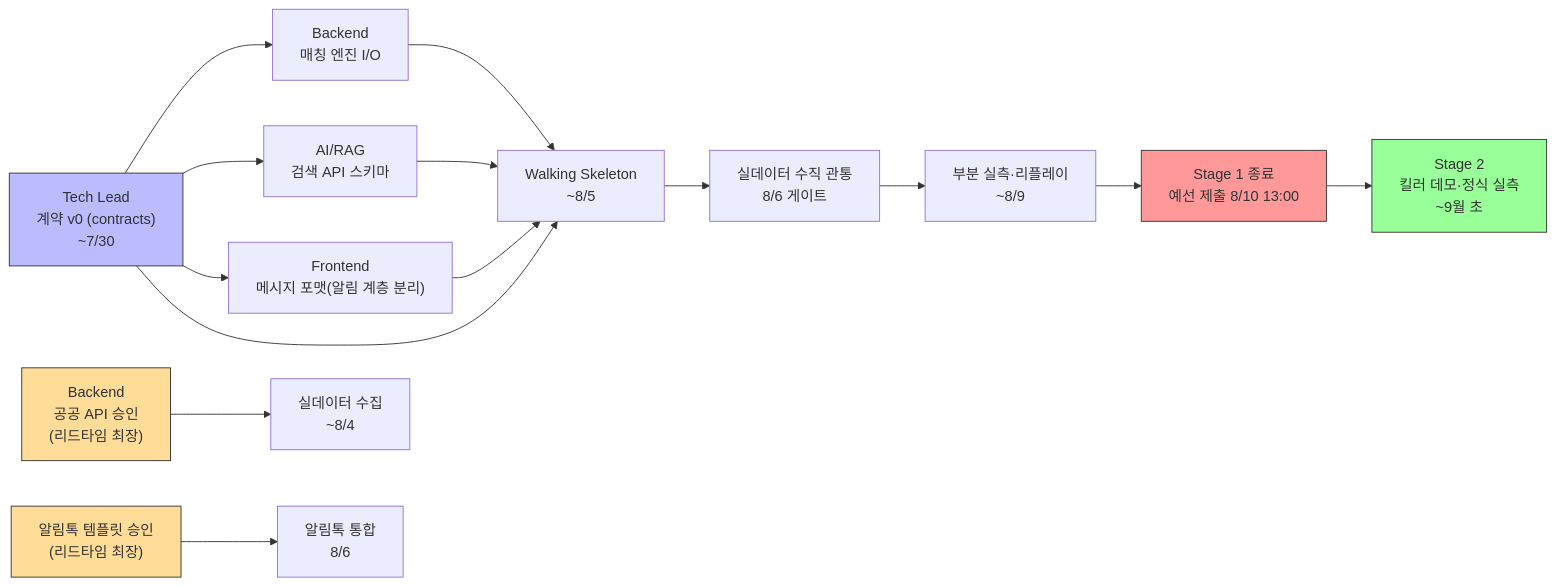
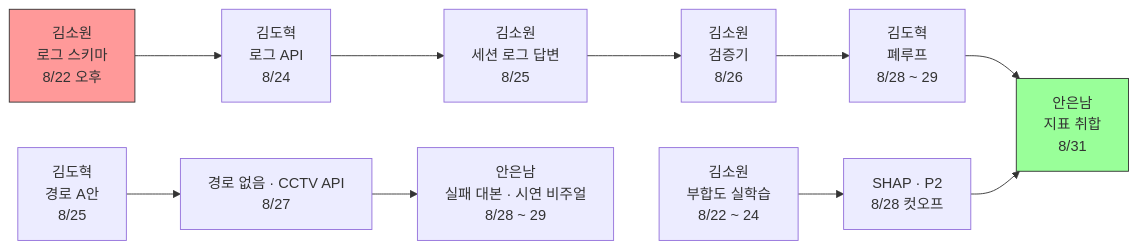
The diagram in docs/역할_일정/00-overall.md (team-savers/savers-project), drawn with Mermaid before and after one commit. The commit also changed other lines of this file and 31 other files, not shown here.

````diff
--- a/docs/역할_일정/00-overall.md
+++ b/docs/역할_일정/00-overall.md
@@ -111,24 +163,17 @@
 ```mermaid
 flowchart LR
-    T1["Tech Lead<br/>계약 v0 (contracts)<br/>~7/30"] --> B["Backend<br/>매칭 엔진 I/O"]
-    T1 --> R["AI/RAG<br/>검색 API 스키마"]
-    T1 --> F["Frontend<br/>메시지 포맷(알림 계층 분리)"]
-    T1 --> SK["Walking Skeleton<br/>~8/5"]
+    S["김소원<br/>로그 스키마<br/>8/22 오후"] --> A1["김도혁<br/>로그 API<br/>8/24"]
+    A1 --> A2["김소원<br/>세션 로그 답변<br/>8/25"]
+    A2 --> A3["김소원<br/>검증기<br/>8/26"]
+    A3 --> A4["김도혁<br/>폐루프<br/>8/28 ~ 29"]
+    A4 --> A5["안은남<br/>지표 취합<br/>8/31"]
 
-    APIapp["Backend<br/>공공 API 승인<br/>(리드타임 최장)"] --> B2["실데이터 수집<br/>~8/4"]
-    KAKAO["알림톡 템플릿 승인<br/>(리드타임 최장)"] --> F3["알림톡 통합<br/>8/6"]
+    B1["김소원<br/>부합도 실학습<br/>8/22 ~ 24"] --> B2["SHAP · P2<br/>8/28 컷오프"]
+    B2 --> A5
 
-    B --> SK
-    R --> SK
-    F --> SK
-    SK --> INT["실데이터 수직 관통<br/>8/6 게이트"]
-    INT --> EVAL["부분 실측·리플레이<br/>~8/9"]
-    EVAL --> SUB["Stage 1 종료<br/>예선 제출 8/10 13:00"]
-    SUB --> KILLER["Stage 2<br/>킬러 데모·정식 실측<br/>~9월 초"]
+    C1["김도혁<br/>경로 A안<br/>8/25"] --> C3["경로 없음 · CCTV API<br/>8/27"]
+    C3 --> C4["안은남<br/>실패 대본 · 시연 비주얼<br/>8/28 ~ 29"]
 
-    style T1 fill:#bbf,stroke:#333
-    style SUB fill:#f99,stroke:#333
-    style KILLER fill:#9f9,stroke:#333
-    style APIapp fill:#fd9,stroke:#333
-    style KAKAO fill:#fd9,stroke:#333
+    style S fill:#f99,stroke:#333
+    style A5 fill:#9f9,stroke:#333
 ```
````
